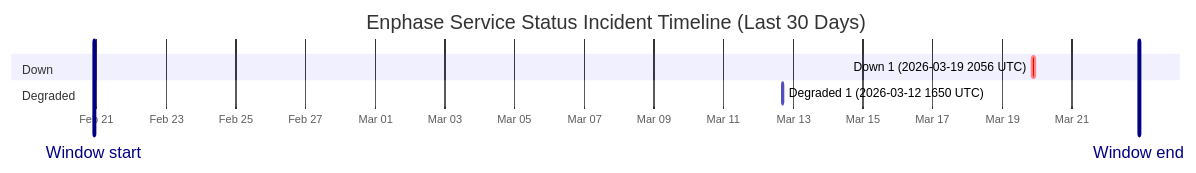
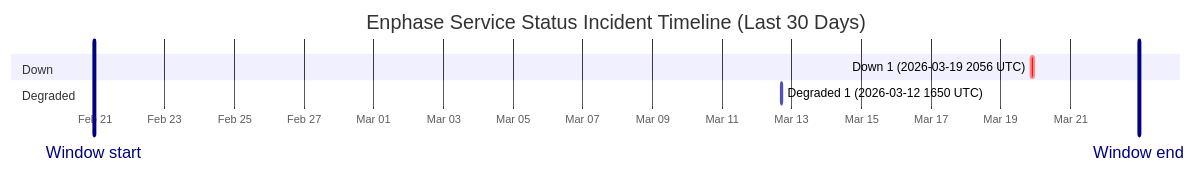
One commit to barneyonline/ha-enphase-ev-charger changed the diagram in wiki/Service-Status-History.md. Above: the diagram before and after it, drawn with Mermaid. The commit also changed other lines of this file and 3 other files, not shown here.

````diff
--- a/wiki/Service-Status-History.md
+++ b/wiki/Service-Status-History.md
@@ -14,12 +14,12 @@
 ```mermaid
 gantt
     title Enphase Service Status Incident Timeline (Last 30 Days)
     dateFormat  YYYY-MM-DDTHH:mm:ss
     axisFormat  %b %d
-    Window start :vert, window-start, 2026-02-20T22:16:11, 0ms
-    Window end :vert, window-end, 2026-03-22T22:16:11, 0ms
+    Window start :vert, window-start, 2026-02-20T23:18:29, 0ms
+    Window end :vert, window-end, 2026-03-22T23:18:29, 0ms
     section Down
     Down 1 (2026-03-19 2056 UTC) :crit, down-1, 2026-03-19T20:56:20, 145m
     section Degraded
     Degraded 1 (2026-03-12 1650 UTC) :active, degraded-1, 2026-03-12T16:50:43, 60m
 ```
````
